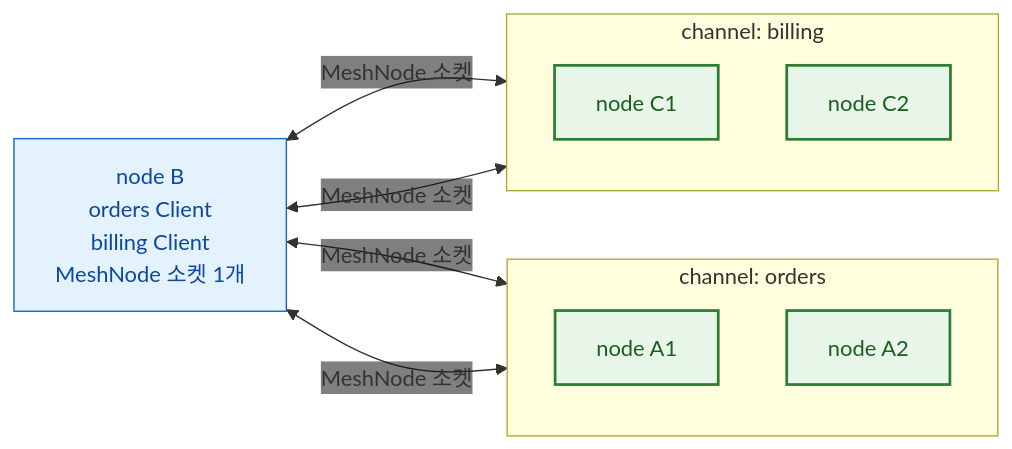
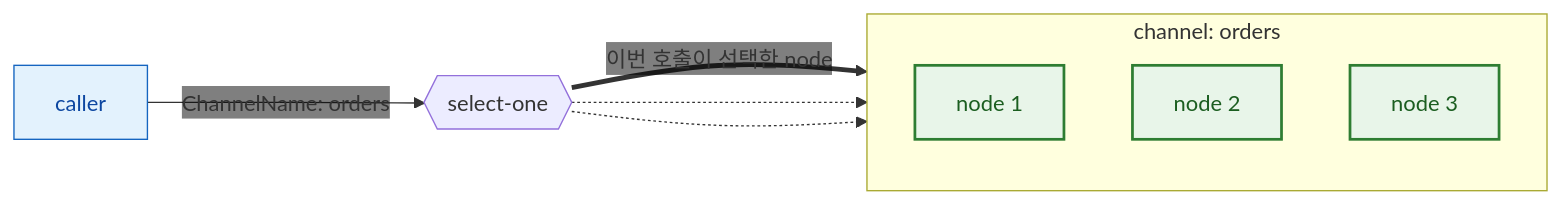
Before and after one commit to kairos-code-dev/zlink: the first of 8 diagrams in framework/doc/framework/dotnet/guide/03-concepts.ko.md, drawn with Mermaid. The commit also changed other lines of this file and 87 other files, not shown here.

````diff
--- a/framework/doc/framework/dotnet/guide/03-concepts.ko.md
+++ b/framework/doc/framework/dotnet/guide/03-concepts.ko.md
@@ -93,21 +41,16 @@
 ```mermaid
 %%{init: {'themeVariables': {'edgeLabelBackground':'transparent'}}}%%
 flowchart LR
-  subgraph ORD["channel: orders"]
-    direction TB
-    A1["node A1"]:::server
-    A2["node A2"]:::server
-  end
-  B["node B<br/>orders Client<br/>billing Client<br/>MeshNode 소켓 1개"]:::client
-  subgraph BIL["channel: billing"]
-    direction TB
-    C1["node C1"]:::server
-    C2["node C2"]:::server
-  end
-  B <-->|"MeshNode 소켓"| A1
-  B <-->|"MeshNode 소켓"| A2
-  B <-->|"MeshNode 소켓"| C1
-  B <-->|"MeshNode 소켓"| C2
-  classDef server fill:#e8f5e9,stroke:#2e7d32,stroke-width:2px,color:#1b5e20
-  classDef client fill:#e3f2fd,stroke:#1565c0,color:#0d47a1
+    C["caller"]:::client -->|"ChannelName: orders"| SEL{{"select-one"}}
+    subgraph ORD["channel: orders"]
+      direction TB
+      N1["node 1"]:::server
+      N2["node 2"]:::server
+      N3["node 3"]:::server
+    end
+    SEL ==>|"이번 호출이 선택한 node"| N2
+    SEL -.-> N1
+    SEL -.-> N3
+    classDef server fill:#e8f5e9,stroke:#2e7d32,stroke-width:2px,color:#1b5e20
+    classDef client fill:#e3f2fd,stroke:#1565c0,color:#0d47a1
 ```
````
